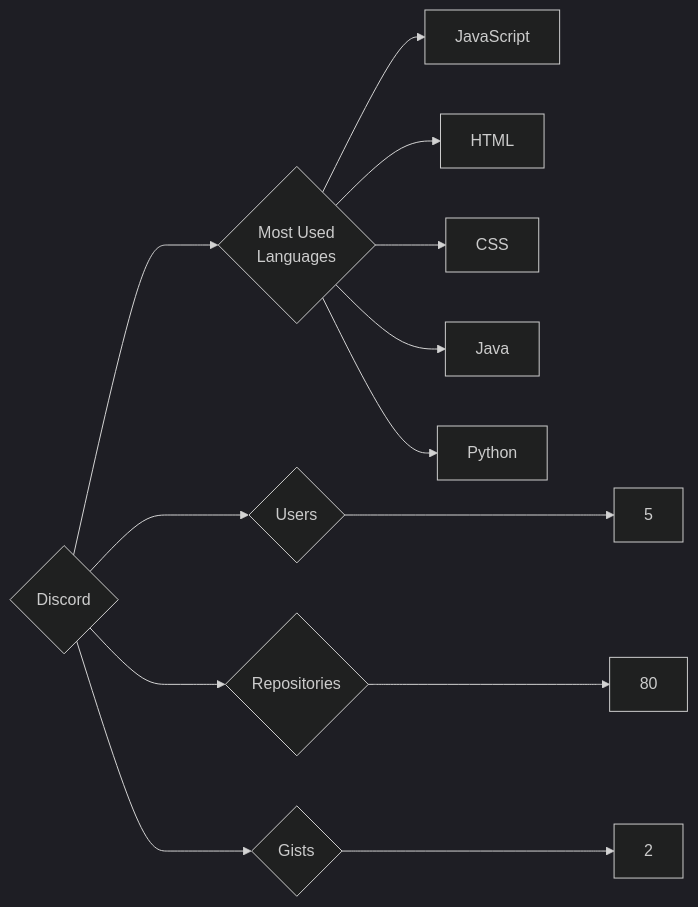
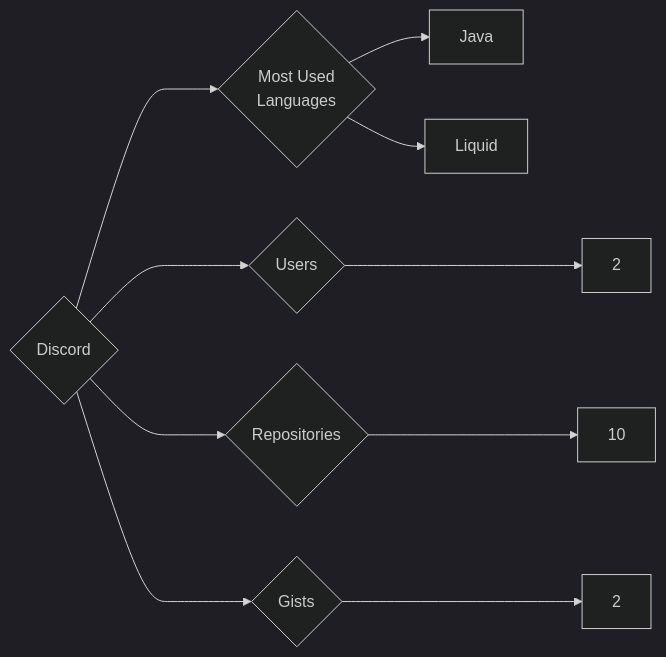
The diagram in targets/Discord/README.md (trickest/insiders), drawn with Mermaid (dark theme) before and after one commit. The commit also changed 1023 other files, not shown here.

````diff
--- a/targets/Discord/README.md
+++ b/targets/Discord/README.md
@@ -3,13 +3,10 @@
 ```mermaid
 graph LR
 COMPANY_NAME{Discord}
-COMPANY_NAME ---> U{Users} ---> UN[5]
-COMPANY_NAME ---> R{Repositories} ---> RN[80]
+COMPANY_NAME ---> U{Users} ---> UN[2]
+COMPANY_NAME ---> R{Repositories} ---> RN[10]
 COMPANY_NAME ---> G{Gists} ---> GN[2]
 COMPANY_NAME ---> ML{Most Used<br>Languages}
-ML --> JavaScript[JavaScript]
-ML --> HTML[HTML]
-ML --> CSS[CSS]
 ML --> Java[Java]
-ML --> Python[Python]
+ML --> Liquid[Liquid]
 ```
````
